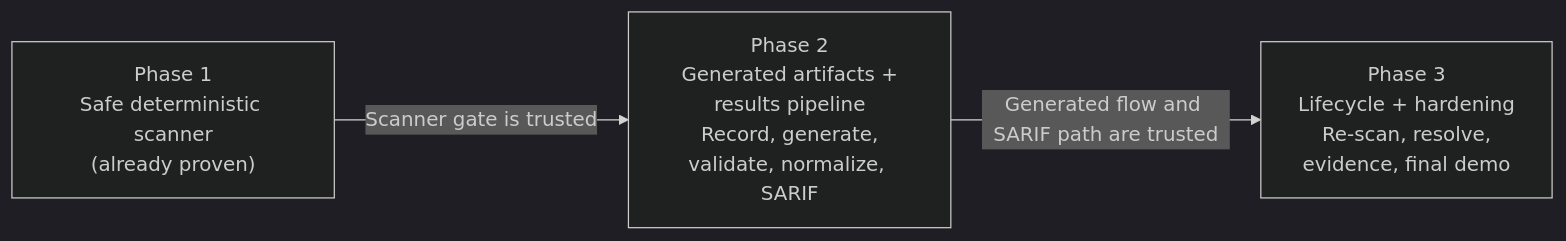
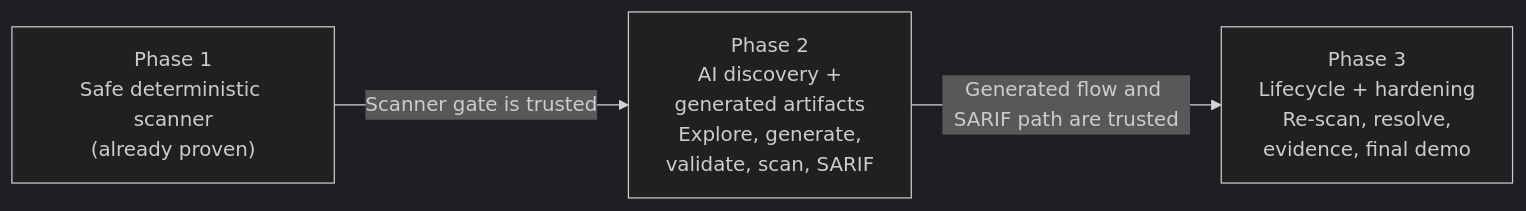
Before and after one commit to CodyYang2016/Dast-Scanning-Tool: the first of 2 diagrams in docs/dast_poc_phase2_demo_script.md, drawn with Mermaid (dark theme). The commit also changed other lines of this file and 1 other file, not shown here.

````diff
--- a/docs/dast_poc_phase2_demo_script.md
+++ b/docs/dast_poc_phase2_demo_script.md
@@ -17,9 +18,9 @@
 ```mermaid
 flowchart LR
   P1["Phase 1<br/>Safe deterministic scanner<br/>(already proven)"]
-  P2["Phase 2<br/>Generated artifacts +<br/>results pipeline<br/>Record, generate,<br/>validate, normalize, SARIF"]
+  P2["Phase 2<br/>AI discovery +<br/>generated artifacts<br/>Explore, generate,<br/>validate, scan, SARIF"]
   P3["Phase 3<br/>Lifecycle + hardening<br/>Re-scan, resolve,<br/>evidence, final demo"]
 
   P1 -->|"Scanner gate is trusted"| P2
   P2 -->|"Generated flow and SARIF path are trusted"| P3
 ```
````
